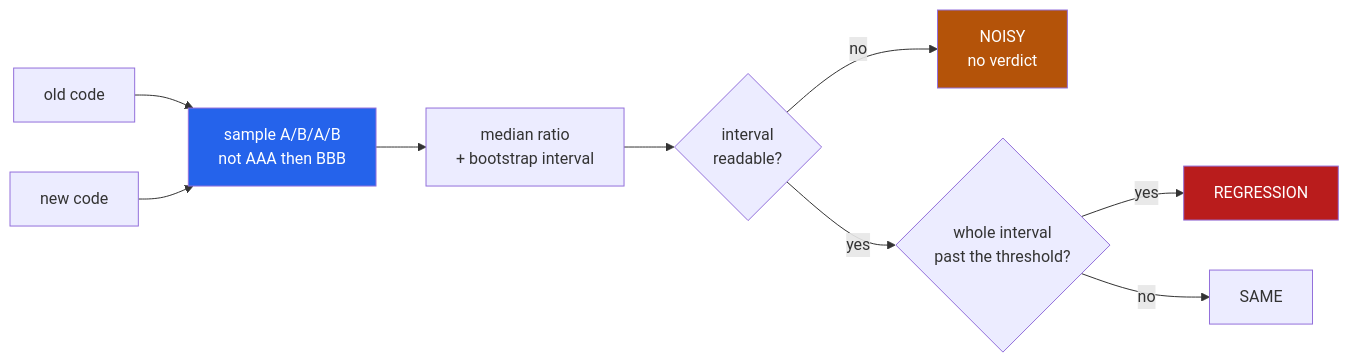
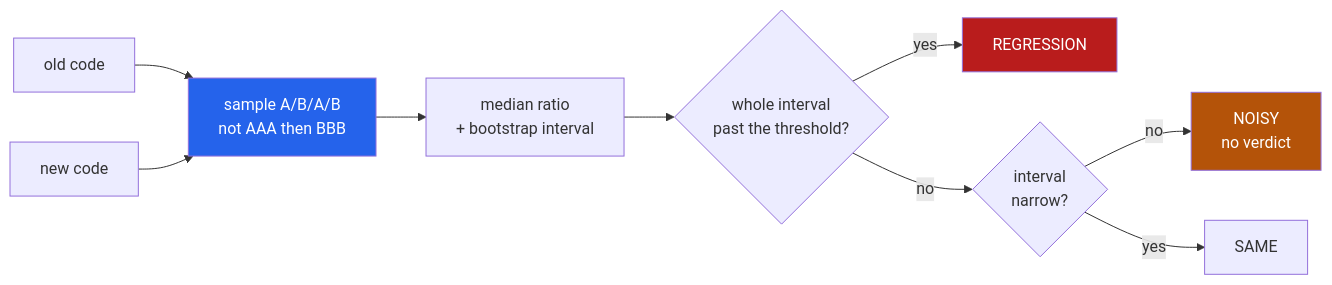
One commit to hammasbuilds/perf-hunter changed the diagram in README.md. Above: the diagram before and after it, drawn with Mermaid. The commit also changed other lines of this file and 4 other files, not shown here.

````diff
--- a/README.md
+++ b/README.md
@@ -26,15 +26,15 @@
 ```mermaid
 flowchart LR
     O["old code"] --> S["sample A/B/A/B<br/>not AAA then BBB"]
     N["new code"] --> S
     S --> M["median ratio<br/>+ bootstrap interval"]
-    M --> W{"interval<br/>readable?"}
+    M --> T{"whole interval<br/>past the threshold?"}
+    T -->|yes| REG["REGRESSION"]
+    T -->|no| W{"interval<br/>narrow?"}
     W -->|no| NOISY["NOISY<br/>no verdict"]
-    W -->|yes| T{"whole interval<br/>past the threshold?"}
-    T -->|yes| REG["REGRESSION"]
-    T -->|no| SAME["SAME"]
+    W -->|yes| SAME["SAME"]
 
     style S fill:#2563eb,color:#fff
     style NOISY fill:#b45309,color:#fff
     style REG fill:#b91c1c,color:#fff
 ```
````
